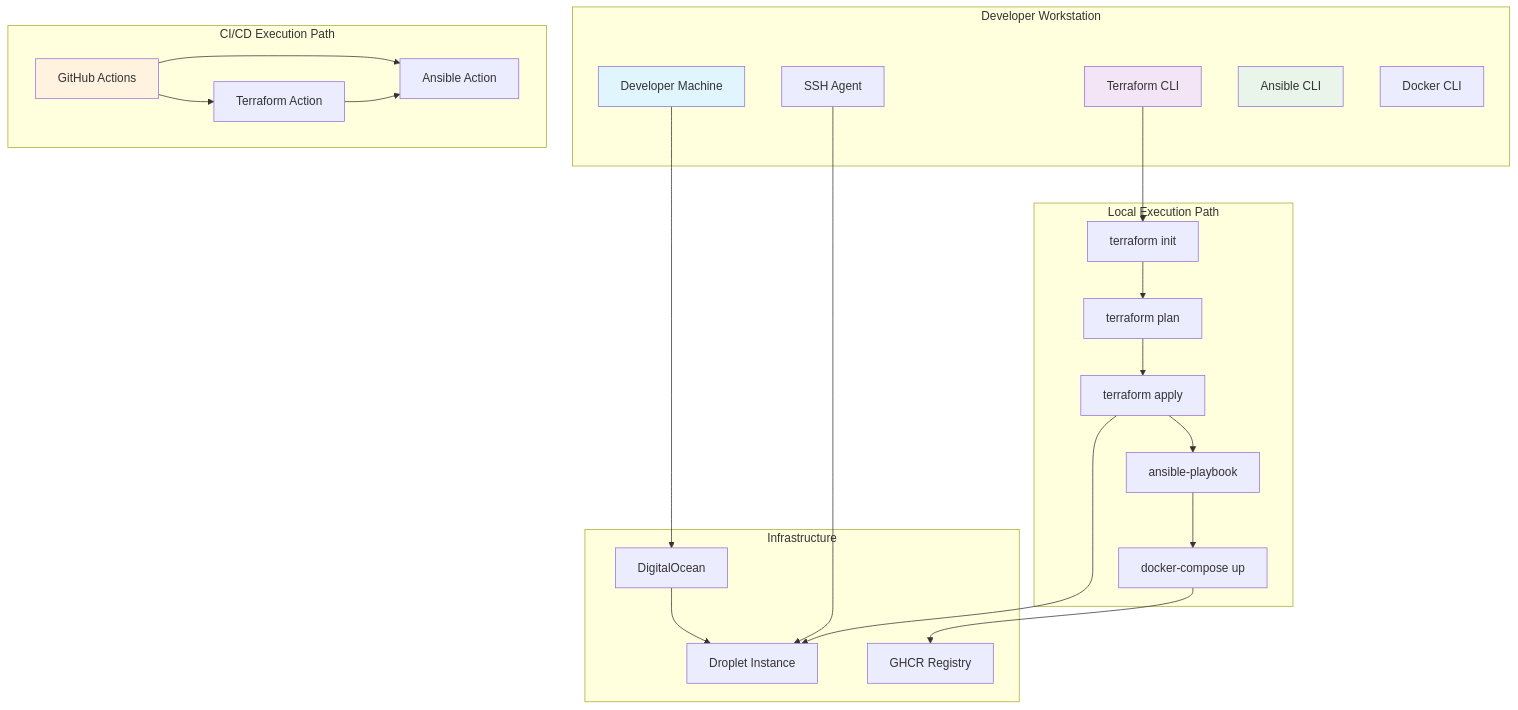
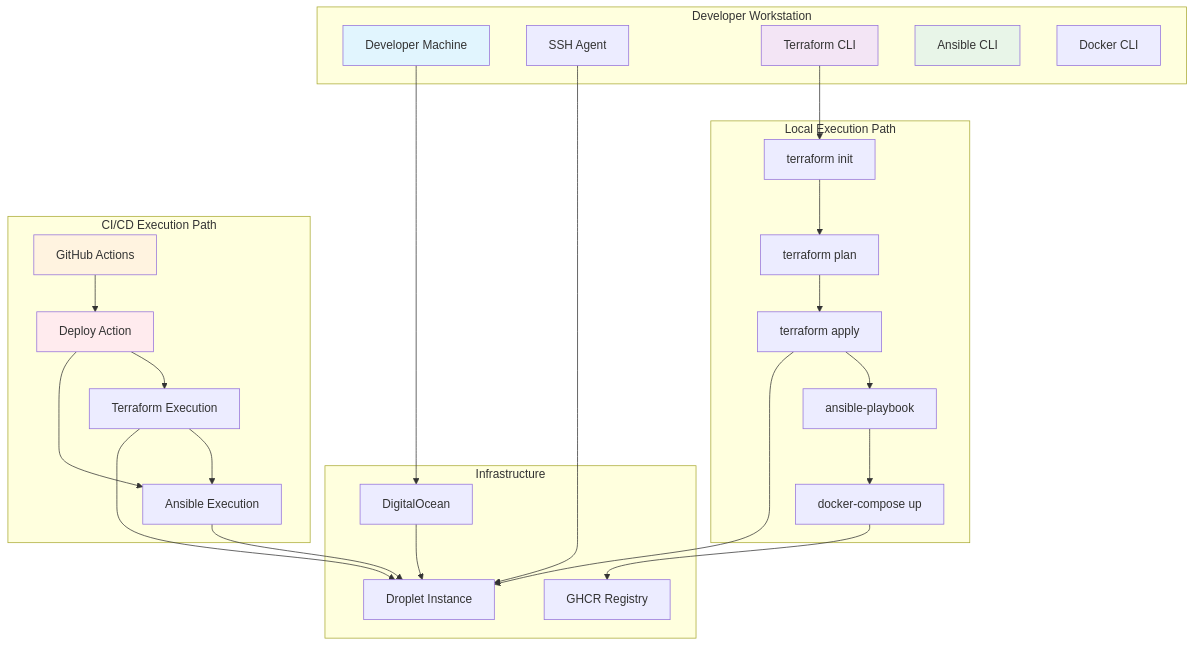
Before and after one commit to bxmty/dotca: the first of 2 diagrams in docs/local-development-setup.md, drawn with Mermaid. The commit also changed other lines of this file and 2 other files, not shown here.

Commit message:
local developer action implementaion

````diff
--- a/docs/local-development-setup.md
+++ b/docs/local-development-setup.md
@@ -192,43 +192,47 @@
 ```mermaid
 graph TB
     subgraph "Developer Workstation"
         DEV[Developer Machine]
         SSH_AGENT[SSH Agent]
         TERRAFORM[Terraform CLI]
         ANSIBLE[Ansible CLI]
         DOCKER[Docker CLI]
     end
 
     subgraph "Local Execution Path"
         TERRAFORM --> TF_INIT[terraform init]
         TF_INIT --> TF_PLAN[terraform plan]
         TF_PLAN --> TF_APPLY[terraform apply]
 
         TF_APPLY --> ANSIBLE_RUN[ansible-playbook]
         ANSIBLE_RUN --> DOCKER_COMPOSE[docker-compose up]
     end
 
     subgraph "CI/CD Execution Path"
         GHACTIONS[GitHub Actions]
-        GHACTIONS --> TF_ACTION[Terraform Action]
-        GHACTIONS --> ANSIBLE_ACTION[Ansible Action]
-        TF_ACTION --> ANSIBLE_ACTION
+        GHACTIONS --> DEPLOY_ACTION[Deploy Action]
+        DEPLOY_ACTION --> TF_EXEC[Terraform Execution]
+        DEPLOY_ACTION --> ANSIBLE_EXEC[Ansible Execution]
+        TF_EXEC --> ANSIBLE_EXEC
     end
 
     subgraph "Infrastructure"
         DO[DigitalOcean]
         DROPLET[Droplet Instance]
         REGISTRY[GHCR Registry]
     end
 
     DEV --> DO
     SSH_AGENT --> DROPLET
     DOCKER_COMPOSE --> REGISTRY
     TF_APPLY --> DROPLET
+    TF_EXEC --> DROPLET
+    ANSIBLE_EXEC --> DROPLET
     DO --> DROPLET
 
     style DEV fill:#e1f5fe
     style TERRAFORM fill:#f3e5f5
     style ANSIBLE fill:#e8f5e8
     style GHACTIONS fill:#fff3e0
+    style DEPLOY_ACTION fill:#ffebee
 ```
````
